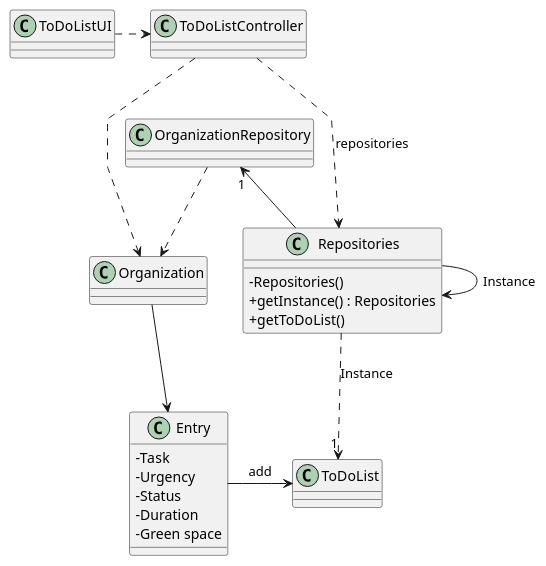
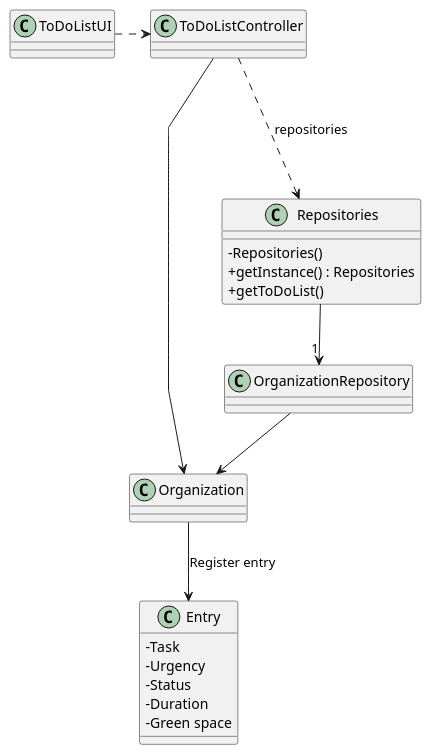
One commit to Departamento-de-Engenharia-Informatica/lei-24-s2-1df-1de-g063 changed the diagram in docs/SprintC/us021/03.design/puml/us021-class-diagram.puml. Above: the diagram before and after it, drawn with PlantUML. The commit also changed 7 other files, not shown here.

```diff
--- a/docs/SprintC/us021/03.design/puml/us021-class-diagram.puml
+++ b/docs/SprintC/us021/03.design/puml/us021-class-diagram.puml
@@ -1,53 +1,45 @@
 @startuml
 'skinparam monochrome true
 skinparam packageStyle rectangle
 skinparam shadowing false
 skinparam linetype polyline
 'skinparam linetype orto
 
 skinparam classAttributeIconSize 0
 
 'left to right direction
 
 class Organization{
 
 }
 
 class ToDoListUI{
 
 }
 
 
 class ToDoListController{
 
 }
 
 class Repositories{
     - Repositories()
     + getInstance() : Repositories
     + getToDoList()
 }
 
-class ToDoList{
-
-}
-
 class Entry{
     -Task
     -Urgency
     -Status
     -Duration
     -Green space
 }
 
 ToDoListUI .right-> ToDoListController
-ToDoListController .right-> Organization
-Organization -down-> Entry
-Repositories .down-> "1" ToDoList: Instance
-Entry -> ToDoList: add
-OrganizationRepository .down-> Organization
+ToDoListController -right-> Organization
+Organization -down-> Entry: Register entry
+OrganizationRepository -down-> Organization
 ToDoListController -.down-> Repositories : repositories
-Repositories -left-> "1" OrganizationRepository
-Repositories -> Repositories: Instance
-
+Repositories -down-> "1" OrganizationRepository
 @enduml
```
